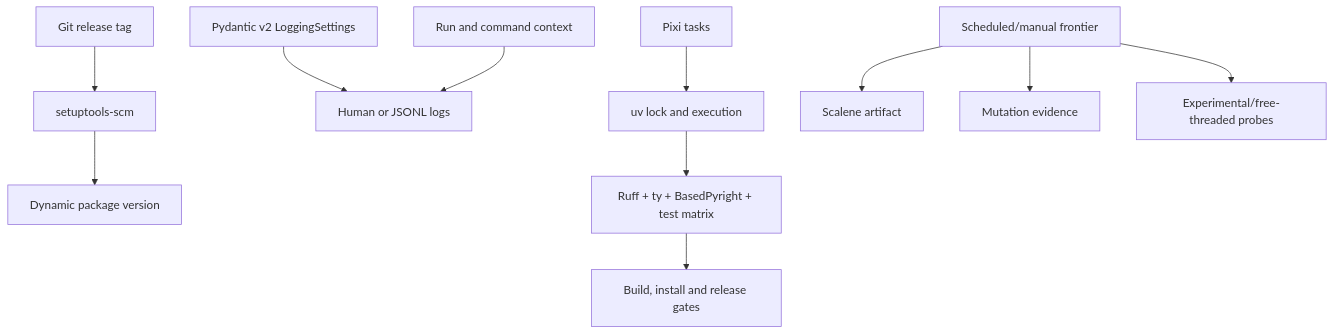
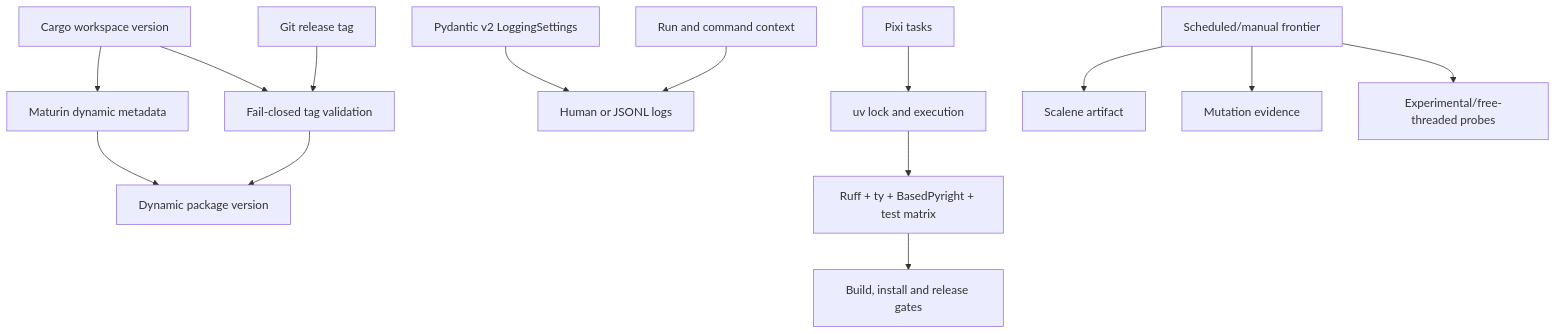
One commit to edithatogo/voiage changed the third of 5 diagrams in conductor/design.md. Above: the diagram before and after it, drawn with Mermaid. The commit also changed other lines of this file and 9 other files, not shown here.

````diff
--- a/conductor/design.md
+++ b/conductor/design.md
@@ -46,13 +46,16 @@
 ```mermaid
 flowchart TD
-    Tag[Git release tag] --> SCM[setuptools-scm]
-    SCM --> Package[Dynamic package version]
+    Cargo[Cargo workspace version] --> Maturin[Maturin dynamic metadata]
+    Tag[Git release tag] --> Validate[Fail-closed tag validation]
+    Cargo --> Validate
+    Maturin --> Package[Dynamic package version]
+    Validate --> Package
     Settings[Pydantic v2 LoggingSettings] --> Logs[Human or JSONL logs]
     Run[Run and command context] --> Logs
     Pixi[Pixi tasks] --> UV[uv lock and execution]
     UV --> Fast[Ruff + ty + BasedPyright + test matrix]
     Fast --> Build[Build, install and release gates]
     Scheduled[Scheduled/manual frontier] --> Scalene[Scalene artifact]
     Scheduled --> Mutation[Mutation evidence]
     Scheduled --> Experimental[Experimental/free-threaded probes]
 ```
````
